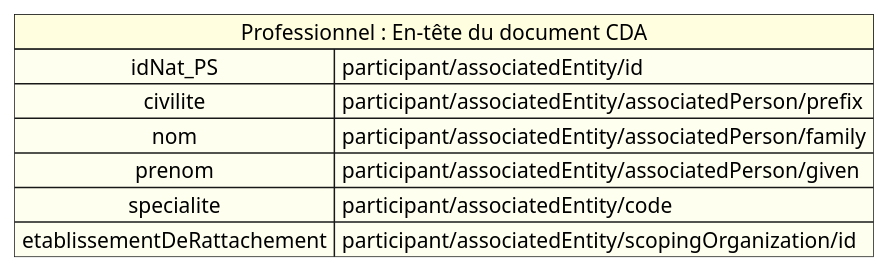
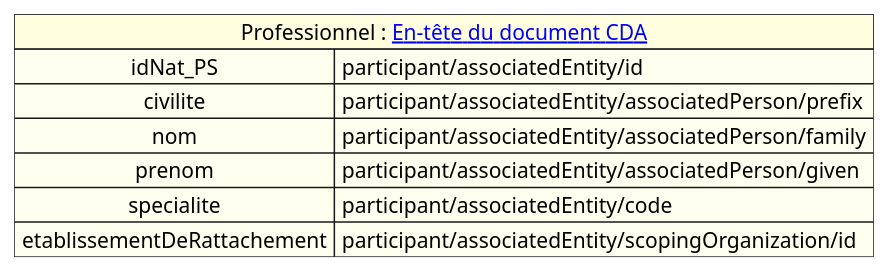
One commit to ansforge/IG-fhir-transfert-donnees-dui-esms changed the diagram in input/images-source/mapping_professionnel.plantuml. Above: the diagram before and after it, drawn with PlantUML. The commit also changed 2 other files, not shown here.

```diff
--- a/input/images-source/mapping_professionnel.plantuml
+++ b/input/images-source/mapping_professionnel.plantuml
@@ -1,13 +1,13 @@
 @startuml
 
-map "Professionnel : En-tête du document CDA" as Professionnel #back:Ivory;header:LightYellow{
+map "Professionnel : [[contenu_dossier_entete_cda.html En-tête du document CDA]]"  as Professionnel #back:Ivory;header:LightYellow{
     idNat_PS => participant/associatedEntity/id
     civilite => participant/associatedEntity/associatedPerson/prefix
     nom => participant/associatedEntity/associatedPerson/family
     prenom => participant/associatedEntity/associatedPerson/given
     specialite => participant/associatedEntity/code
     etablissementDeRattachement => participant/associatedEntity/scopingOrganization/id
 }
 
 
 @enduml
```
